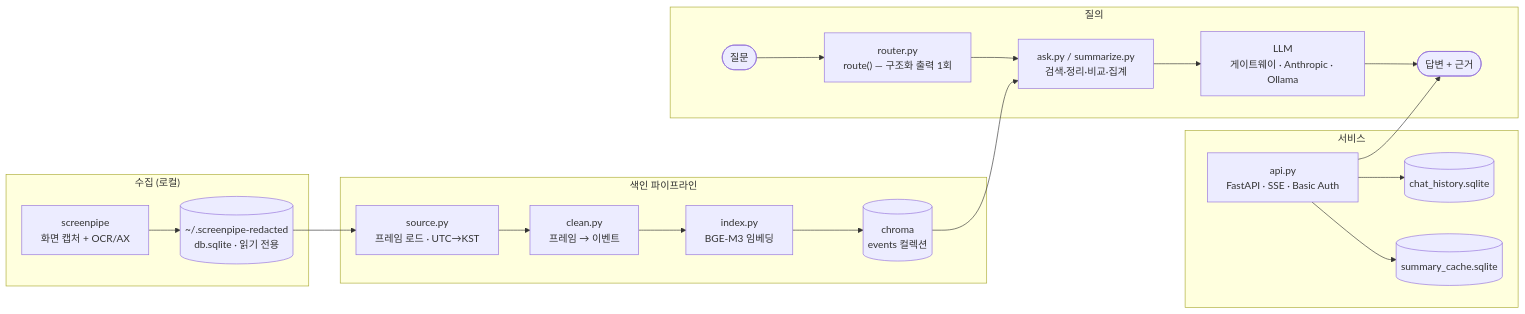
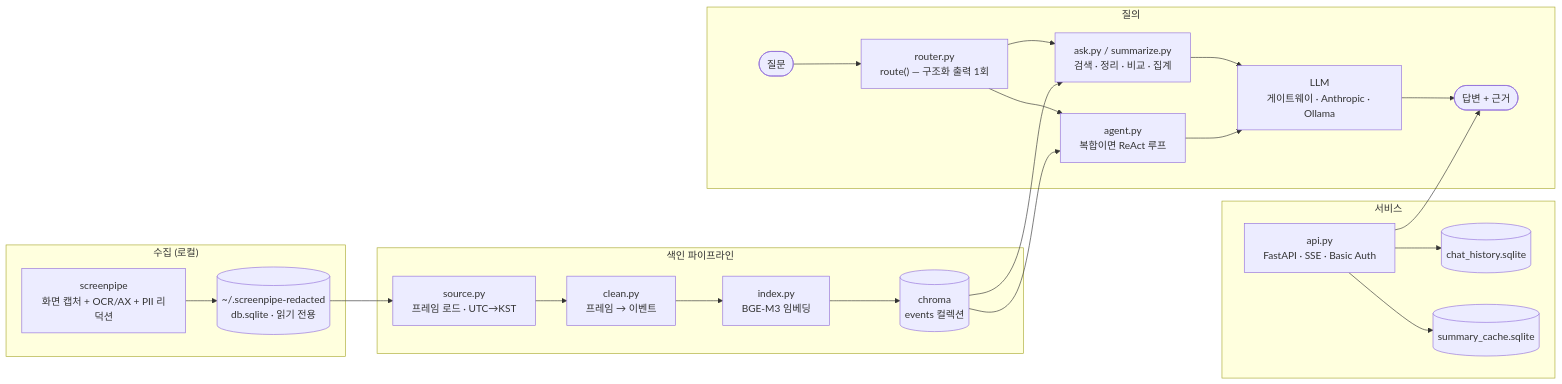
The first of 5 diagrams in README.md (kkkk2058/screenlog), drawn with Mermaid before and after one commit. The commit also changed other lines of this file, not shown here.

````diff
--- a/README.md
+++ b/README.md
@@ -139,27 +182,30 @@
 ```mermaid
 flowchart LR
     subgraph COLLECT["수집 (로컬)"]
-        SP["screenpipe<br/>화면 캡처 + OCR/AX"] --> DB[("~/.screenpipe-redacted<br/>db.sqlite · 읽기 전용")]
+        SP["screenpipe<br/>화면 캡처 + OCR/AX + PII 리덕션"] --> DB[("~/.screenpipe-redacted<br/>db.sqlite · 읽기 전용")]
     end
 
     subgraph INDEX["색인 파이프라인"]
         DB --> SRC["source.py<br/>프레임 로드 · UTC→KST"]
         SRC --> CLN["clean.py<br/>프레임 → 이벤트"]
         CLN --> IDX["index.py<br/>BGE-M3 임베딩"]
         IDX --> CH[("chroma<br/>events 컬렉션")]
     end
 
     subgraph QUERY["질의"]
         Q(["질문"]) --> RT["router.py<br/>route() — 구조화 출력 1회"]
-        RT --> ASK["ask.py / summarize.py<br/>검색·정리·비교·집계"]
+        RT --> ASK["ask.py / summarize.py<br/>검색 · 정리 · 비교 · 집계"]
+        RT --> AG["agent.py<br/>복합이면 ReAct 루프"]
         CH --> ASK
+        CH --> AG
         ASK --> LLM["LLM<br/>게이트웨이 · Anthropic · Ollama"]
+        AG --> LLM
         LLM --> A(["답변 + 근거"])
     end
 
     subgraph SERVE["서비스"]
         API["api.py<br/>FastAPI · SSE · Basic Auth"] --> A
         API --> HIST[("chat_history.sqlite")]
         API --> SC[("summary_cache.sqlite")]
     end
 ```
````
